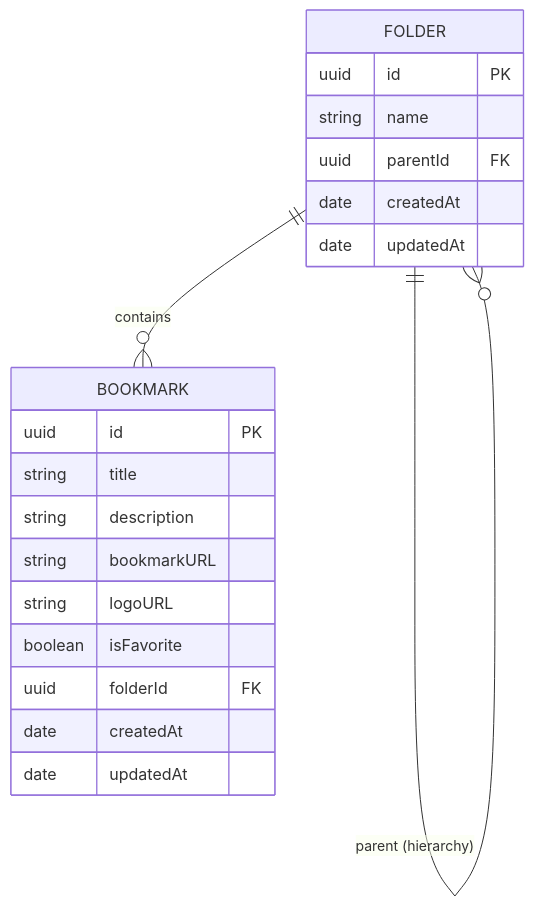
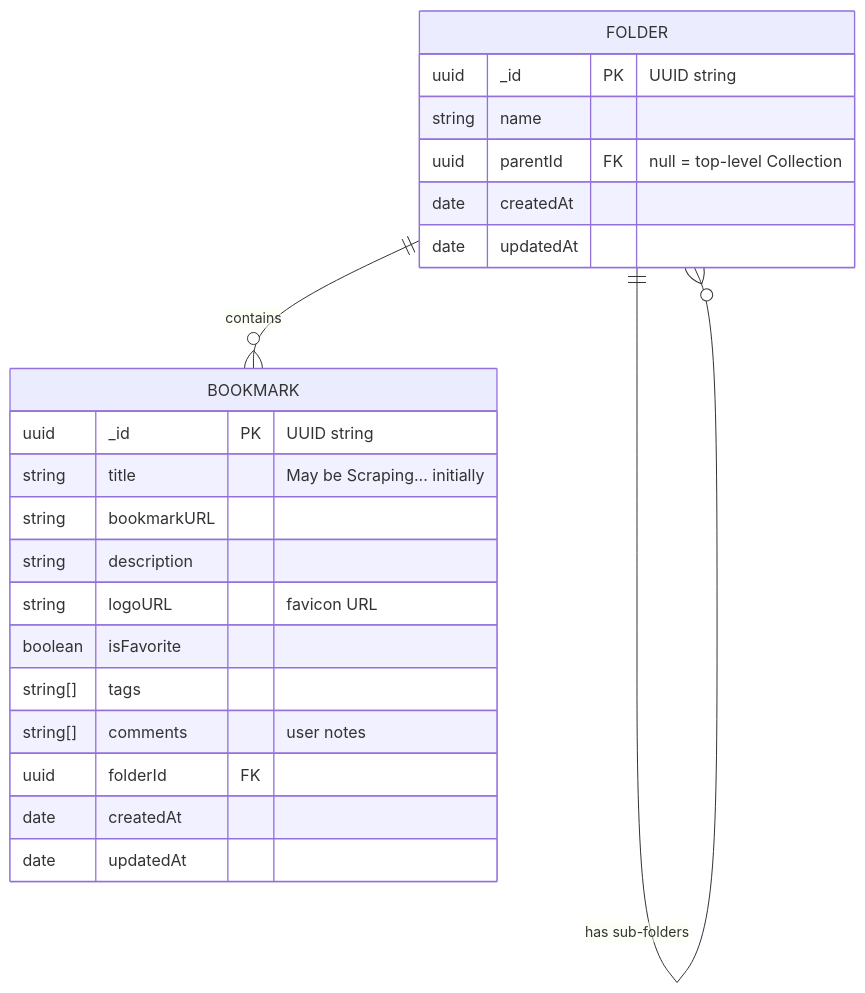
One commit to Vikramadtya/Bookmarker changed the fourth of 4 diagrams in README.md. Above: the diagram before and after it, drawn with Mermaid. The commit also changed other lines of this file, not shown here.

Commit message:
docs: comprehensive onboarding README with architecture details

````diff
--- a/README.md
+++ b/README.md
@@ -186,23 +608,27 @@
 ```mermaid
 erDiagram
-    FOLDER ||--o{ BOOKMARK : contains
-    FOLDER ||--o{ FOLDER : "parent (hierarchy)"
+    FOLDER ||--o{ BOOKMARK : "contains"
+    FOLDER ||--o{ FOLDER : "has sub-folders"
+
     FOLDER {
-        uuid id PK
+        uuid _id PK "UUID string"
         string name
-        uuid parentId FK
+        uuid parentId FK "null = top-level Collection"
         date createdAt
         date updatedAt
     }
+
     BOOKMARK {
-        uuid id PK
-        string title
+        uuid _id PK "UUID string"
+        string title "May be Scraping... initially"
+        string bookmarkURL
         string description
-        string bookmarkURL
-        string logoURL
+        string logoURL "favicon URL"
         boolean isFavorite
+        string[] tags
+        string[] comments "user notes"
         uuid folderId FK
         date createdAt
         date updatedAt
     }
 ```
````
